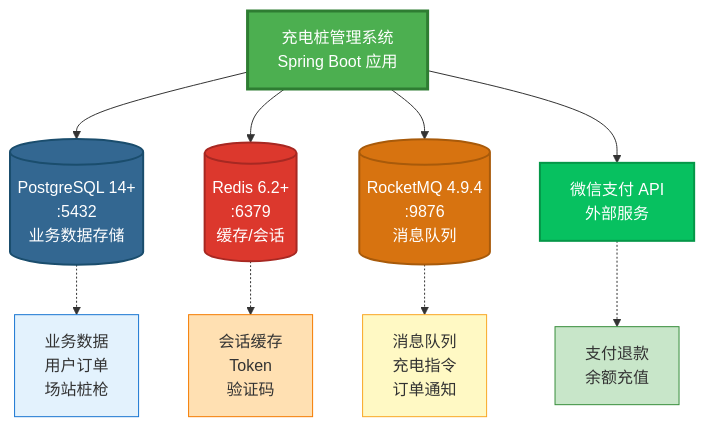
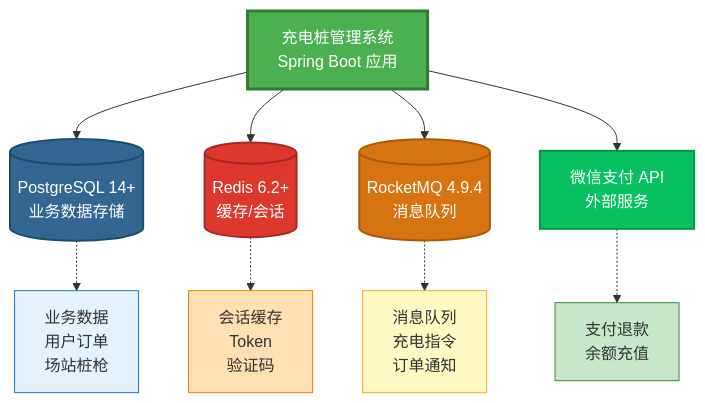
One commit to 100charge/100charge changed the diagram in Readme.zh-CN.md. Above: the diagram before and after it, drawn with Mermaid.

````diff
--- a/Readme.zh-CN.md
+++ b/Readme.zh-CN.md
@@ -181,25 +182,25 @@
 ```mermaid
 flowchart TB
     APP[充电桩管理系统<br/>Spring Boot 应用]
-    
-    APP --> PG[(PostgreSQL 14+<br/>:5432<br/>业务数据存储)]
-    APP --> REDIS[(Redis 6.2+<br/>:6379<br/>缓存/会话)]
-    APP --> MQ[(RocketMQ 4.9.4<br/>:9876<br/>消息队列)]
+
+    APP --> PG[(PostgreSQL 14+<br/>业务数据存储)]
+    APP --> REDIS[(Redis 6.2+<br/>缓存/会话)]
+    APP --> MQ[(RocketMQ 4.9.4<br/>消息队列)]
     APP --> WECHAT[微信支付 API<br/>外部服务]
-    
+
     PG -.-> PGDATA[业务数据<br/>用户订单<br/>场站桩枪]
     REDIS -.-> RCACHE[会话缓存<br/>Token<br/>验证码]
     MQ -.-> MQMSG[消息队列<br/>充电指令<br/>订单通知]
     WECHAT -.-> PAY[支付退款<br/>余额充值]
-    
+
     style APP fill:#4CAF50,stroke:#2E7D32,stroke-width:3px,color:#fff
     style PG fill:#336791,stroke:#1a4d6d,stroke-width:2px,color:#fff
     style REDIS fill:#DC382D,stroke:#a72822,stroke-width:2px,color:#fff
     style MQ fill:#D77310,stroke:#a85a0a,stroke-width:2px,color:#fff
     style WECHAT fill:#07C160,stroke:#059748,stroke-width:2px,color:#fff
-    
+
     style PGDATA fill:#E3F2FD,stroke:#1976D2,stroke-width:1px
     style RCACHE fill:#FFE0B2,stroke:#F57C00,stroke-width:1px
     style MQMSG fill:#FFF9C4,stroke:#F9A825,stroke-width:1px
     style PAY fill:#C8E6C9,stroke:#388E3C,stroke-width:1px
 ```
````
